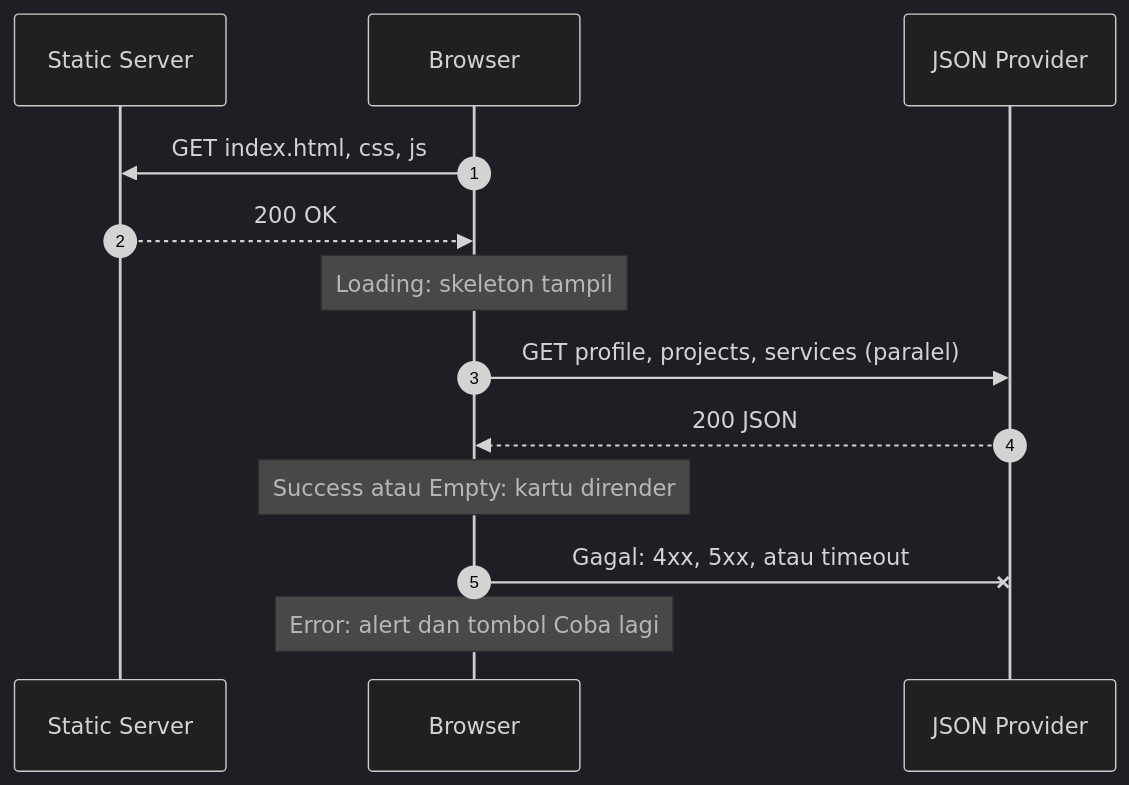
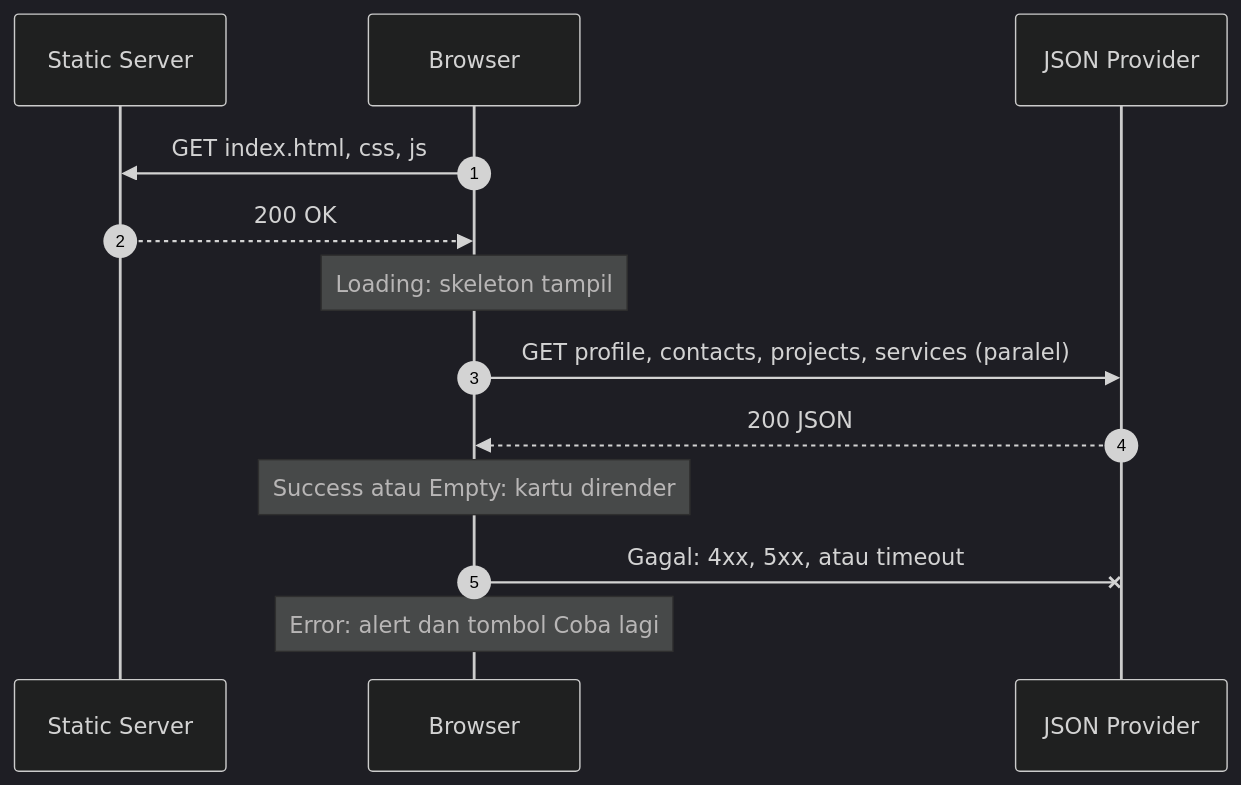
Before and after one commit to FredrickAritonang/ppw-2026-week2-12S24001: the second of 2 diagrams in README.md, drawn with Mermaid (dark theme). The commit also changed other lines of this file, not shown here.

Commit message:
fix(docs): fix mermaid c4 architecture diagram syntax in readme

````diff
--- a/README.md
+++ b/README.md
@@ -69,16 +71,16 @@
 ```mermaid
 sequenceDiagram
   autonumber
   participant S as Static Server
   participant B as Browser
   participant D as JSON Provider
 
   B->>S: GET index.html, css, js
   S-->>B: 200 OK
   Note over B: Loading: skeleton tampil
-  B->>D: GET profile, projects, services (paralel)
+  B->>D: GET profile, contacts, projects, services (paralel)
   D-->>B: 200 JSON
   Note over B: Success atau Empty: kartu dirender
   B-xD: Gagal: 4xx, 5xx, atau timeout
   Note over B: Error: alert dan tombol Coba lagi
 ```
````
